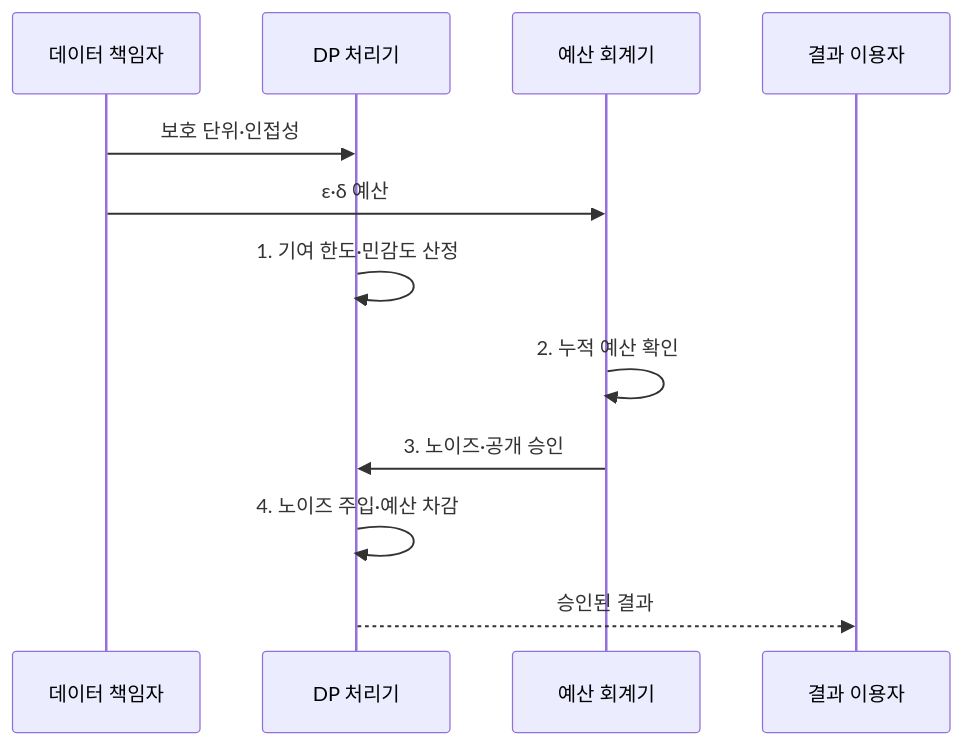
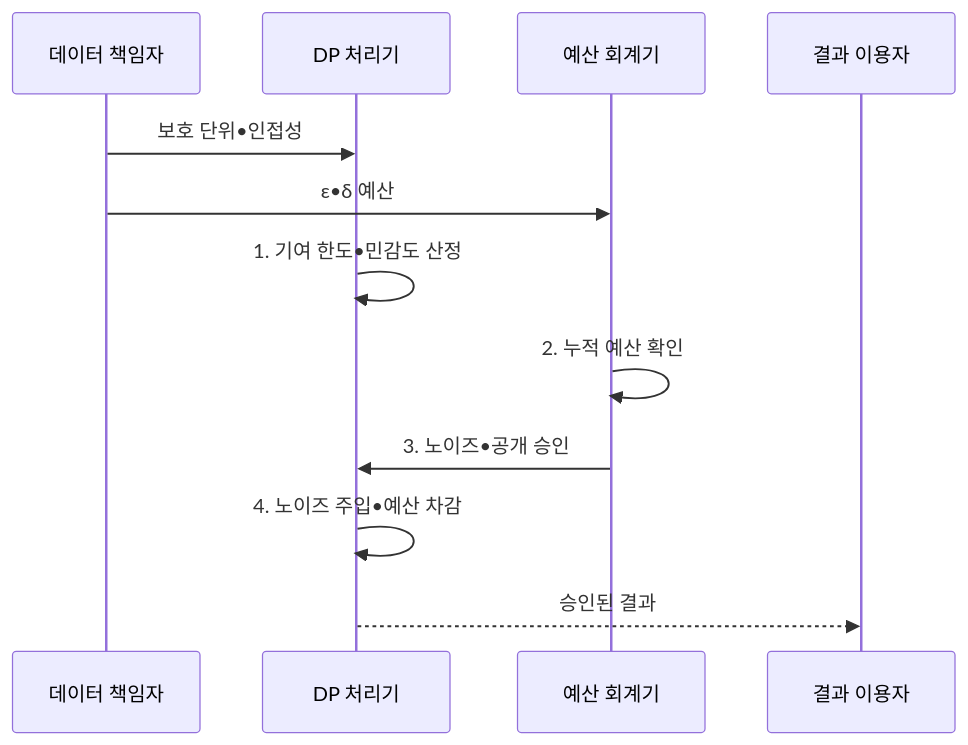
Before and after one commit to agnusdei1207/knowledge-base: the second of 2 diagrams in src/content/docs/notes/05-security/018_differential_privacy.md, drawn with Mermaid. The commit also changed other lines of this file and 953 other files, not shown here.

````diff
--- a/src/content/docs/notes/05-security/018_differential_privacy.md
+++ b/src/content/docs/notes/05-security/018_differential_privacy.md
@@ -110,14 +110,14 @@
 ```mermaid
 sequenceDiagram
     participant O as 데이터 책임자
     participant M as DP 처리기
     participant A as 예산 회계기
     participant U as 결과 이용자
-    O->>M: 보호 단위·인접성
-    O->>A: ε·δ 예산
-    M->>M: 1. 기여 한도·민감도 산정
+    O->>M: 보호 단위•인접성
+    O->>A: ε•δ 예산
+    M->>M: 1. 기여 한도•민감도 산정
     A->>A: 2. 누적 예산 확인
-    A->>M: 3. 노이즈·공개 승인
-    M->>M: 4. 노이즈 주입·예산 차감
+    A->>M: 3. 노이즈•공개 승인
+    M->>M: 4. 노이즈 주입•예산 차감
     M-->>U: 승인된 결과
 ```
````
